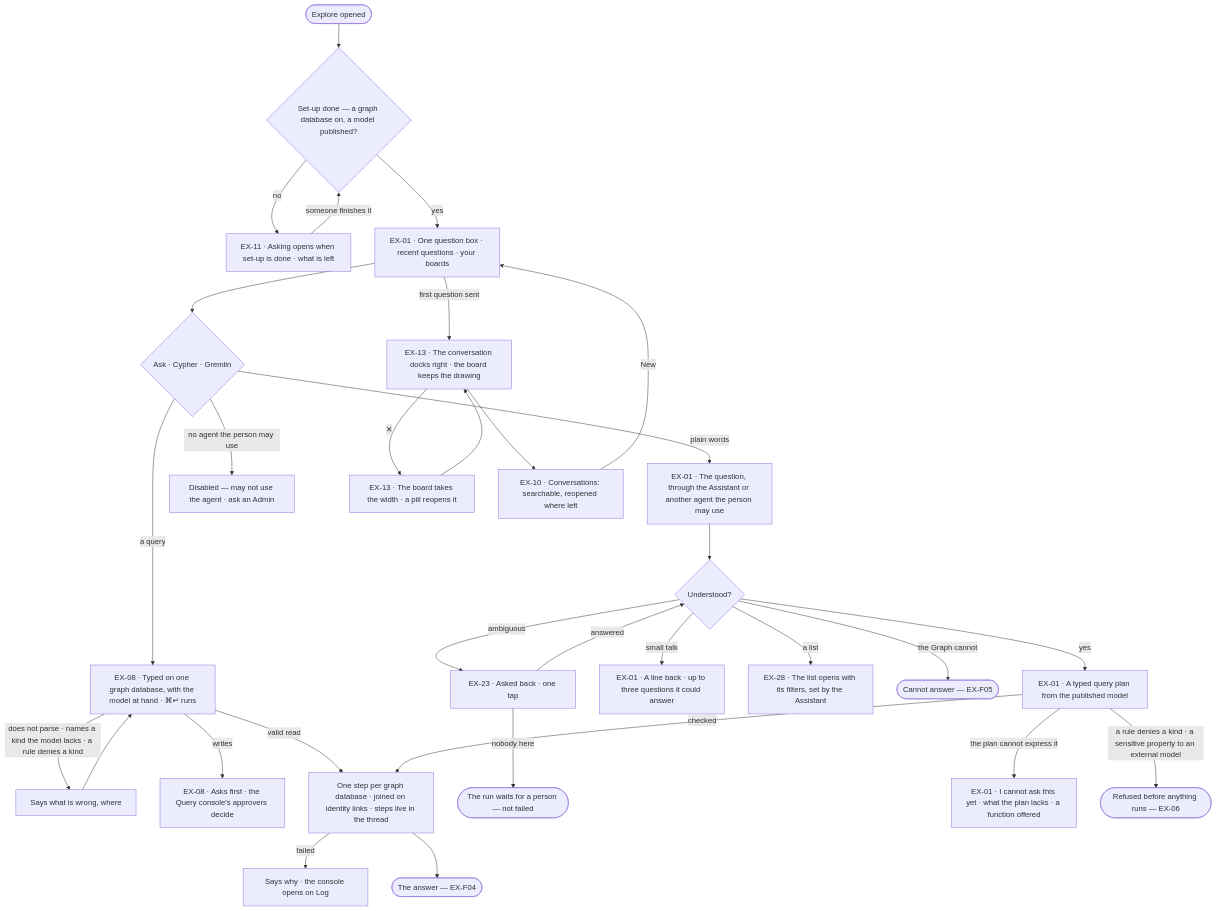
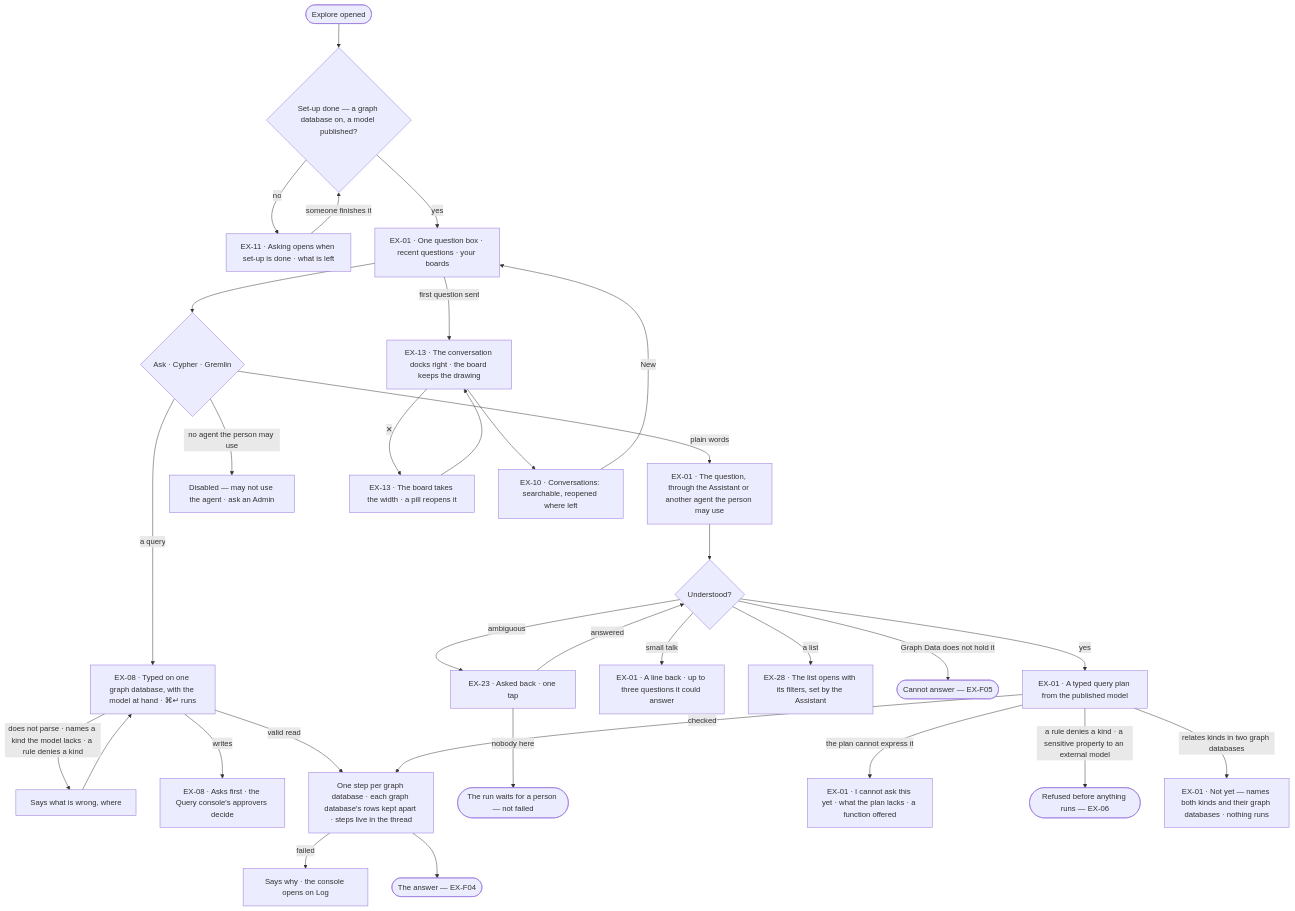
Before and after one commit to invana/invana: the first of 2 diagrams in specs/capabilities/explore/features/EX-F03-ask-a-question/feature.md, drawn with Mermaid. The commit also changed other lines of this file and 456 other files, not shown here.

````diff
--- a/specs/capabilities/explore/features/EX-F03-ask-a-question/feature.md
+++ b/specs/capabilities/explore/features/EX-F03-ask-a-question/feature.md
@@ -27,32 +27,33 @@
 ```mermaid
 flowchart TD
   start([Explore opened]) --> lock{Set-up done — a graph database on, a model published?}
   lock -->|no| lk["EX-11 · Asking opens when set-up is done · what is left"]
   lk -->|someone finishes it| lock
   lock -->|yes| home["EX-01 · One question box · recent questions · your boards"]
   home --> kind{Ask · Cypher · Gremlin}
   kind -->|plain words| ask["EX-01 · The question, through the Assistant or another agent the person may use"]
   kind -->|a query| q["EX-08 · Typed on one graph database, with the model at hand · ⌘↵ runs"]
   kind -->|no agent the person may use| na["Disabled — may not use the agent · ask an Admin"]
   q -->|does not parse · names a kind the model lacks · a rule denies a kind| qe["Says what is wrong, where"] --> q
   q -->|writes| qw["EX-08 · Asks first · the Query console's approvers decide"]
   q -->|valid read| run
   ask --> u{Understood?}
   u -->|ambiguous| cq["EX-23 · Asked back · one tap"]
   cq -->|answered| u
   cq -->|nobody here| park(["The run waits for a person — not failed"])
   u -->|small talk| talk["EX-01 · A line back · up to three questions it could answer"]
   u -->|a list| ol["EX-28 · The list opens with its filters, set by the Assistant"]
-  u -->|the Graph cannot| ca(["Cannot answer — EX-F05"])
+  u -->|Graph Data does not hold it| ca(["Cannot answer — EX-F05"])
   u -->|yes| plan["EX-01 · A typed query plan from the published model"]
   plan -->|the plan cannot express it| gap["EX-01 · I cannot ask this yet · what the plan lacks · a function offered"]
   plan -->|a rule denies a kind · a sensitive property to an external model| rf(["Refused before anything runs — EX-06"])
-  plan -->|checked| run["One step per graph database · joined on identity links · steps live in the thread"]
+  plan -->|relates kinds in two graph databases| xdb["EX-01 · Not yet — names both kinds and their graph databases · nothing runs"]
+  plan -->|checked| run["One step per graph database · each graph database's rows kept apart · steps live in the thread"]
   run -->|failed| fl["Says why · the console opens on Log"]
   run --> ans(["The answer — EX-F04"])
   home -->|first question sent| dock["EX-13 · The conversation docks right · the board keeps the drawing"]
   dock -->|✕| closed["EX-13 · The board takes the width · a pill reopens it"]
   closed --> dock
   dock --> conv["EX-10 · Conversations: searchable, reopened where left"]
   conv -->|New| home
 ```
````
